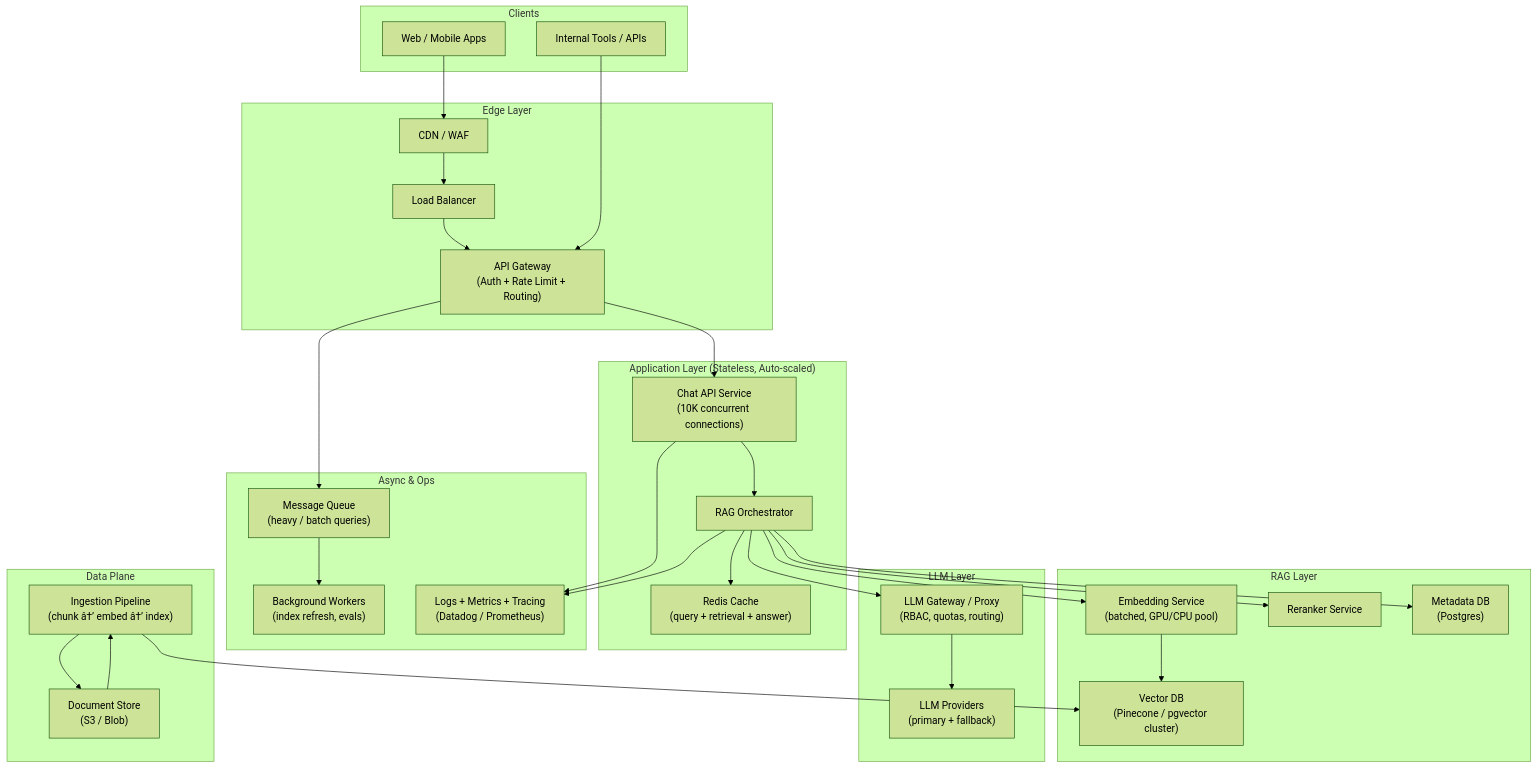
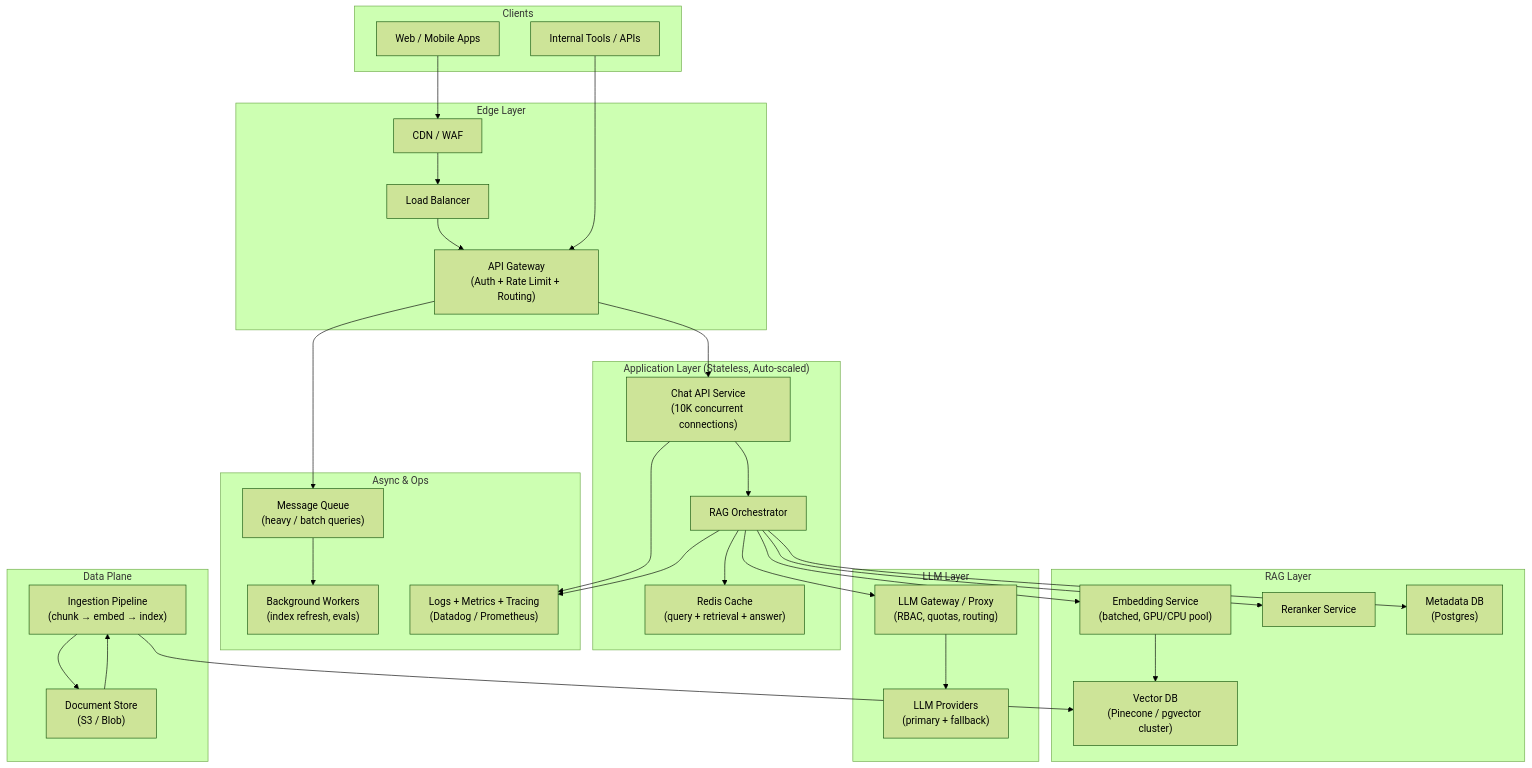
One commit to dnyanesh-k/notes changed diagram 20 of 32 in interview/QnA.md. Above: the diagram before and after it, drawn with Mermaid (forest theme). The commit also changed other lines of this file and 1 other file, not shown here.

````diff
--- a/interview/QnA.md
+++ b/interview/QnA.md
@@ -2504,56 +2590,56 @@
 ```mermaid
 flowchart TB
     subgraph clients ["Clients"]
         U1["Web / Mobile Apps"]
         U2["Internal Tools / APIs"]
     end
 
     subgraph edge ["Edge Layer"]
         CDN["CDN / WAF"]
         LB["Load Balancer"]
         GW["API Gateway\n(Auth + Rate Limit + Routing)"]
     end
 
     subgraph app ["Application Layer (Stateless, Auto-scaled)"]
         CS["Chat API Service\n(10K concurrent connections)"]
         ORCH["RAG Orchestrator"]
         CACHE["Redis Cache\n(query + retrieval + answer)"]
     end
 
     subgraph rag ["RAG Layer"]
         EMB["Embedding Service\n(batched, GPU/CPU pool)"]
         VDB["Vector DB\n(Pinecone / pgvector cluster)"]
         RERANK["Reranker Service"]
         META["Metadata DB\n(Postgres)"]
     end
 
     subgraph llm ["LLM Layer"]
         PROXY["LLM Gateway / Proxy\n(RBAC, quotas, routing)"]
         LLM["LLM Providers\n(primary + fallback)"]
     end
 
     subgraph async ["Async & Ops"]
         Q["Message Queue\n(heavy / batch queries)"]
         WORKER["Background Workers\n(index refresh, evals)"]
         OBS["Logs + Metrics + Tracing\n(Datadog / Prometheus)"]
     end
 
     subgraph data ["Data Plane"]
-        ING["Ingestion Pipeline\n(chunk â†’ embed â†’ index)"]
+        ING["Ingestion Pipeline\n(chunk → embed → index)"]
         DOCS["Document Store\n(S3 / Blob)"]
     end
 
     U1 --> CDN --> LB --> GW --> CS
     U2 --> GW
     CS --> ORCH
     ORCH --> CACHE
     ORCH --> EMB --> VDB
     ORCH --> RERANK
     ORCH --> META
     ORCH --> PROXY --> LLM
     CS --> OBS
     ORCH --> OBS
     GW --> Q --> WORKER
     DOCS --> ING --> VDB
     ING --> DOCS
 ```
````
